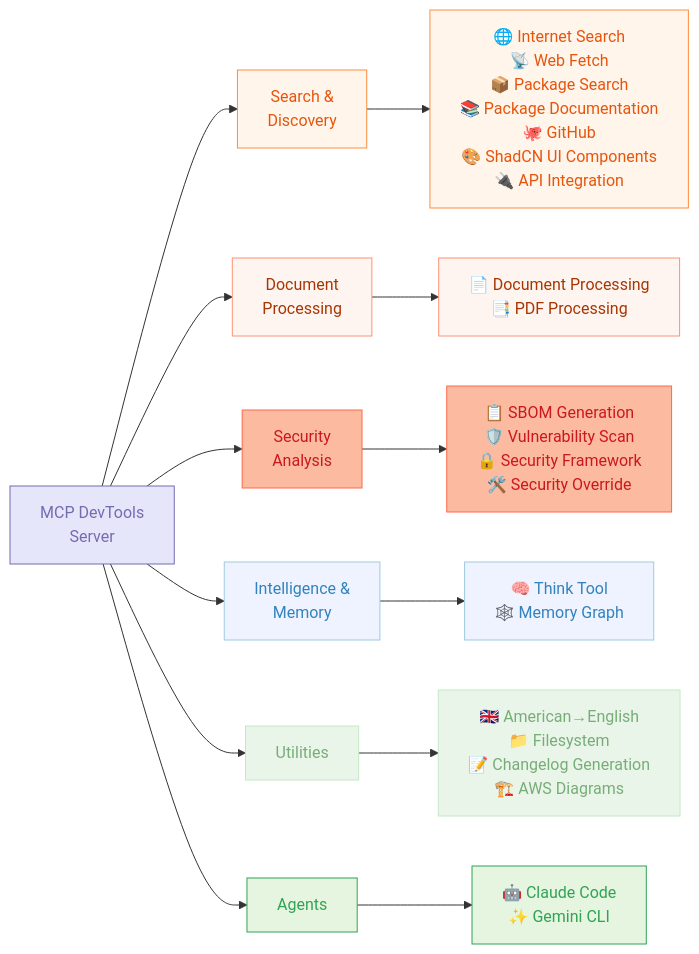
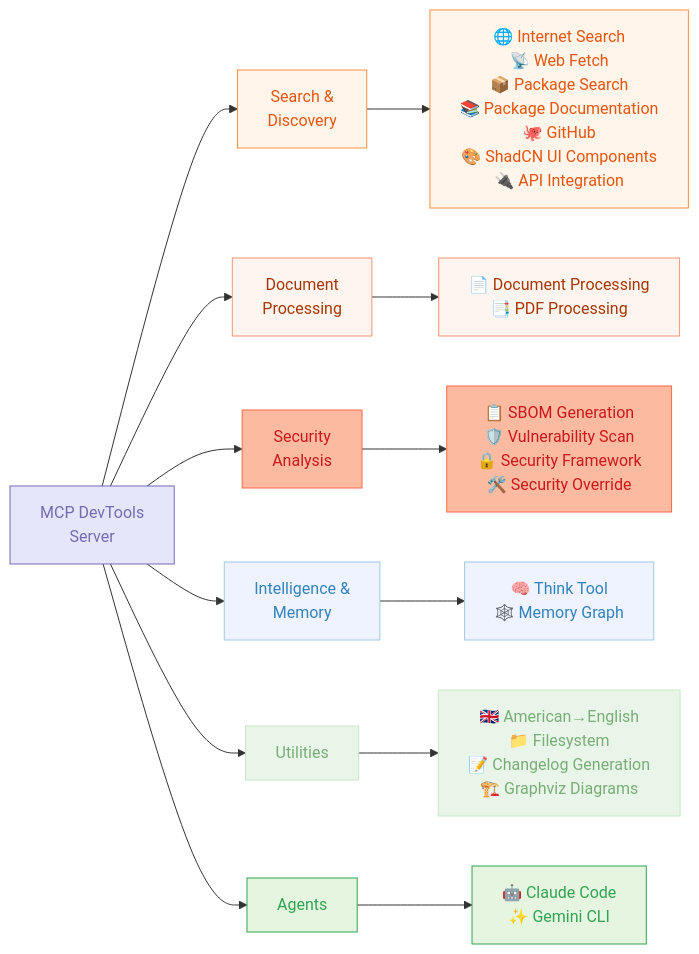
The diagram in README.md (sammcj/mcp-devtools), drawn with Mermaid before and after one commit. The commit also changed other lines of this file and 889 other files, not shown here.

Commit message:
feat: New tool: AWS Diagram creation

````diff
--- a/README.md
+++ b/README.md
@@ -5,42 +5,42 @@
 ```mermaid
 graph LR
     A[MCP DevTools<br>Server]
 
     A --> B[Search &<br>Discovery]
     A --> C[Document<br>Processing]
     A --> D[Security<br>Analysis]
     A --> E[Intelligence &<br>Memory]
     A --> F[Utilities]
     A --> G[Agents]
 
     B --> B_Tools[🌐 Internet Search<br>📡 Web Fetch<br>📦 Package Search<br>📚 Package Documentation<br>🐙 GitHub<br>🎨 ShadCN UI Components<br>🔌 API Integration]
 
     C --> C_Tools[📄 Document Processing<br>📑 PDF Processing]
 
     D --> D_Tools[📋 SBOM Generation<br>🛡️ Vulnerability Scan<br>🔒 Security Framework<br>🛠️ Security Override]
 
     E --> E_Tools[🧠 Think Tool<br>🕸️ Memory Graph]
 
-    F --> F_Tools[🇬🇧 American→English<br>📁 Filesystem<br>📝 Changelog Generation<br>🏗️ AWS Diagrams]
+    F --> F_Tools[🇬🇧 American→English<br>📁 Filesystem<br>📝 Changelog Generation<br>🏗️ Graphviz Diagrams]
 
     G --> G_Tools[🤖 Claude Code<br>✨ Gemini CLI]
 
     classDef inputOutput fill:#FEE0D2,stroke:#E6550D,color:#E6550D
     classDef llm fill:#E5F5E0,stroke:#31A354,color:#31A354
     classDef components fill:#E6E6FA,stroke:#756BB1,color:#756BB1
     classDef process fill:#EAF5EA,stroke:#C6E7C6,color:#77AD77
     classDef stop fill:#E5E1F2,stroke:#C7C0DE,color:#8471BF
     classDef data fill:#EFF3FF,stroke:#9ECAE1,color:#3182BD
     classDef decision fill:#FFF5EB,stroke:#FD8D3C,color:#E6550D
     classDef storage fill:#F2F0F7,stroke:#BCBDDC,color:#756BB1
     classDef api fill:#FFF5F0,stroke:#FD9272,color:#A63603
     classDef error fill:#FCBBA1,stroke:#FB6A4A,color:#CB181D
 
     class A components
     class B,B_Tools decision
     class C,C_Tools api
     class D,D_Tools error
     class E,E_Tools data
     class F,F_Tools process
     class G,G_Tools llm
 ```
````
